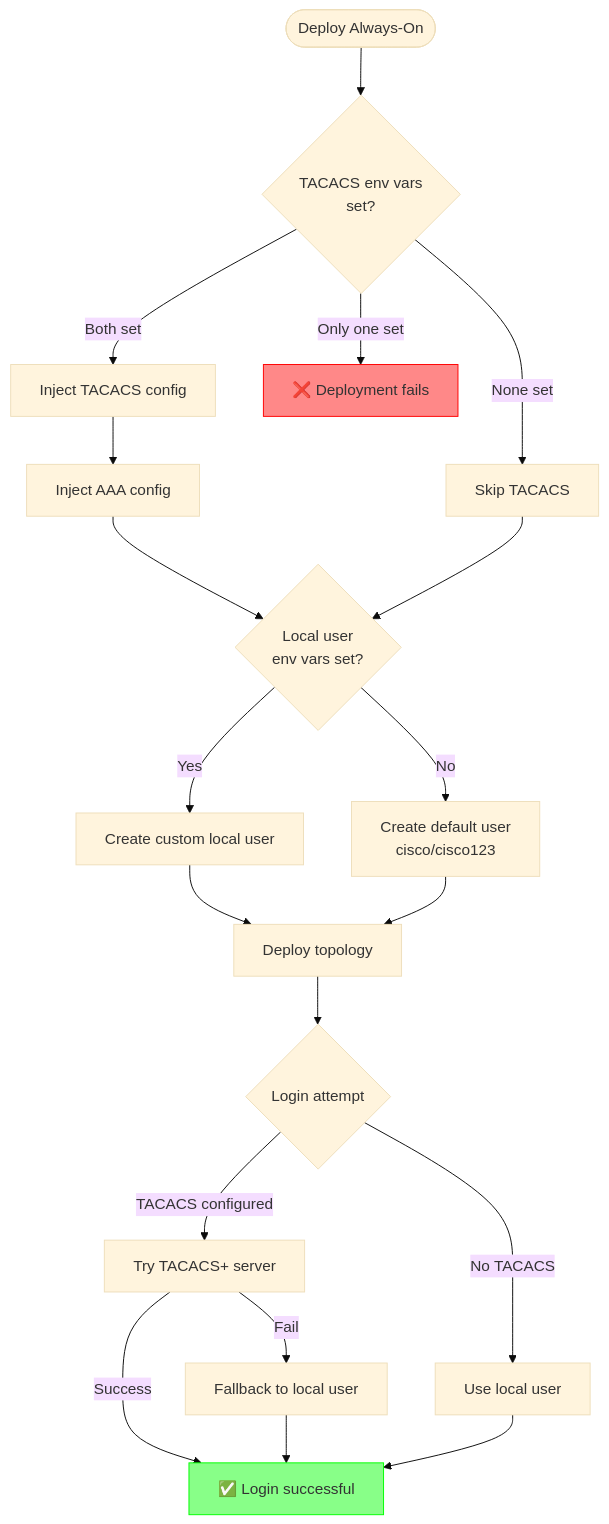
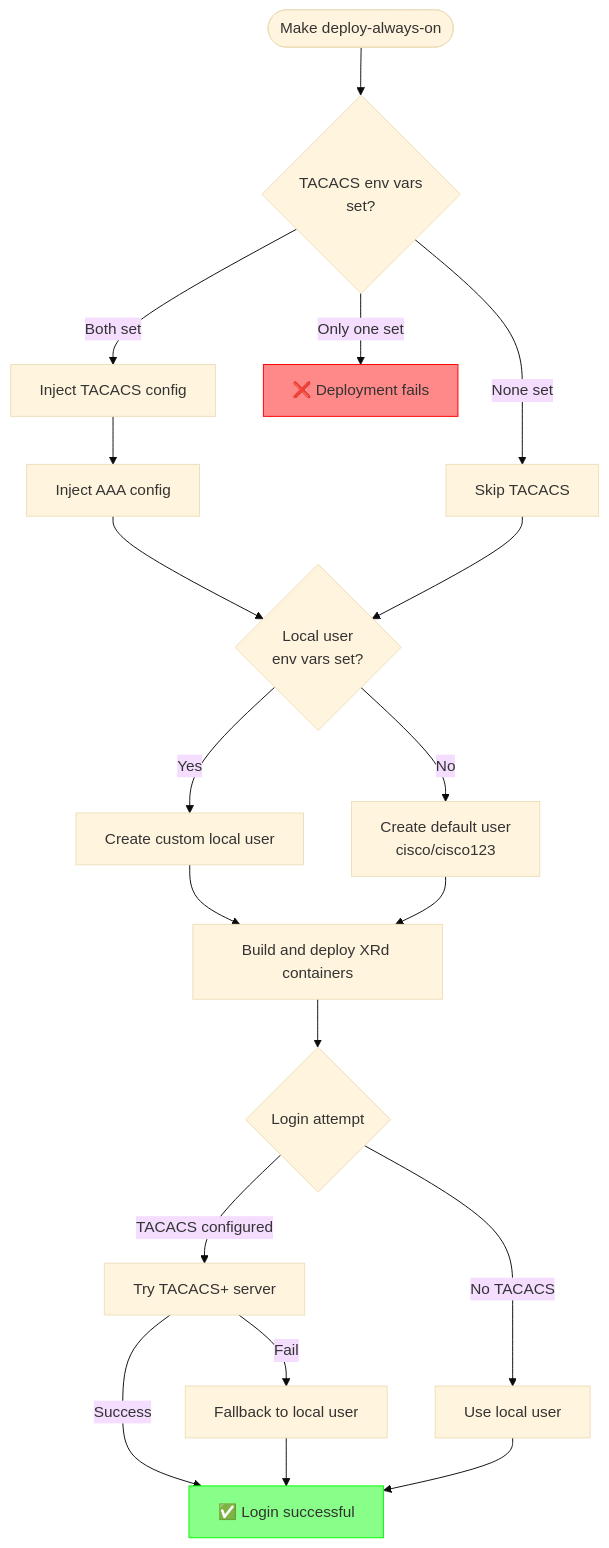
One commit to CiscoDevNet/XRd-Sandbox changed the diagram in topologies/always-on/deployment.md. Above: the diagram before and after it, drawn with Mermaid (base theme). The commit also changed other lines of this file, not shown here.

Commit message:
Refactor deployment documentation to streamline TACACS+ authentication instructions and enhance clarity on environment variables

````diff
--- a/topologies/always-on/deployment.md
+++ b/topologies/always-on/deployment.md
@@ -17,33 +41,33 @@
 ```mermaid
 flowchart TD
-    Start([Deploy Always-On]) --> CheckTACACS{TACACS env vars<br/>set?}
+    Start([Make deploy-always-on]) --> CheckTACACS{TACACS env vars<br/>set?}
 
     CheckTACACS -->|Both set| InjectTACACS[Inject TACACS config]
     CheckTACACS -->|None set| SkipTACACS[Skip TACACS]
     CheckTACACS -->|Only one set| Error[❌ Deployment fails]
 
     InjectTACACS --> InjectAAA[Inject AAA config]
     InjectAAA --> CheckLocalUser{Local user<br/>env vars set?}
 
     SkipTACACS --> CheckLocalUser
 
     CheckLocalUser -->|Yes| CustomUser[Create custom local user]
     CheckLocalUser -->|No| DefaultUser[Create default user<br/>cisco/cisco123]
 
-    CustomUser --> Deploy[Deploy topology]
+    CustomUser --> Deploy[Build and deploy XRd containers]
     DefaultUser --> Deploy
 
     Deploy --> AuthFlow{Login attempt}
 
     AuthFlow -->|TACACS configured| TryTACACS[Try TACACS+ server]
     AuthFlow -->|No TACACS| UseLocal[Use local user]
 
     TryTACACS -->|Success| LoginOK[✅ Login successful]
     TryTACACS -->|Fail| Fallback[Fallback to local user]
 
     Fallback --> LoginOK
     UseLocal --> LoginOK
 
     style Error fill:#f88,stroke:#f00
     style LoginOK fill:#8f8,stroke:#0f0
 ```
````
